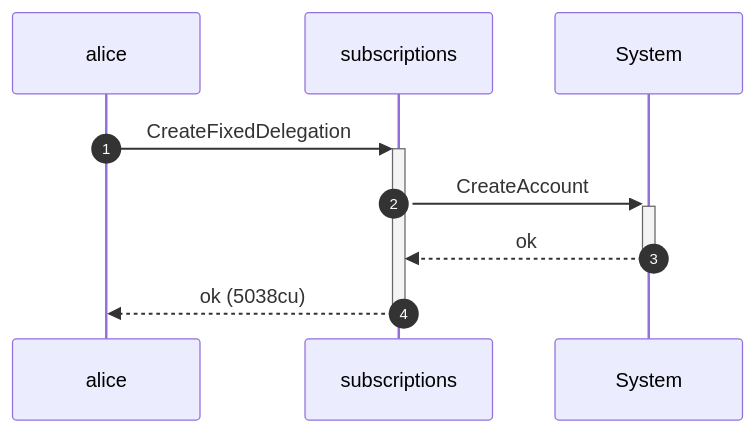
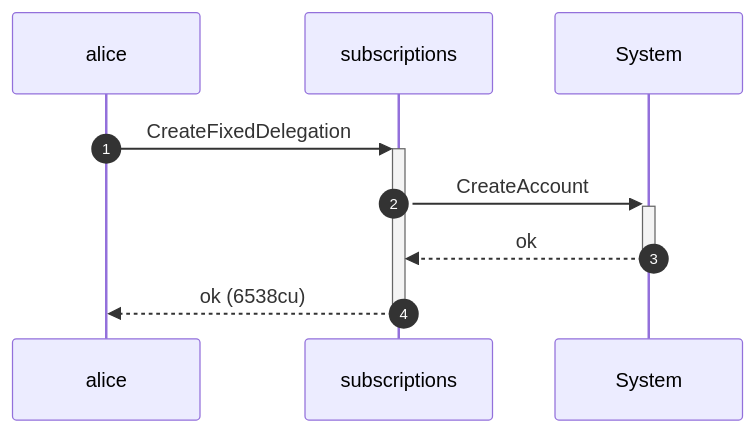
One commit to cds-rs/subscriptions changed the sixth of 8 diagrams in dsl_tests/revoke--writable-accounts-must-be-writable.md. Above: the diagram before and after it, drawn with Mermaid. The commit also changed other lines of this file and 224 other files, not shown here.

````diff
--- a/dsl_tests/revoke--writable-accounts-must-be-writable.md
+++ b/dsl_tests/revoke--writable-accounts-must-be-writable.md
@@ -114,11 +120,11 @@
 ```mermaid
 sequenceDiagram
     autonumber
     participant alice
     participant subscriptions
     participant System
     alice ->>+ subscriptions: CreateFixedDelegation
     subscriptions ->>+ System: CreateAccount
     System -->>- subscriptions: ok
-    subscriptions -->>- alice: ok (5038cu)
+    subscriptions -->>- alice: ok (6538cu)
 ```
````
